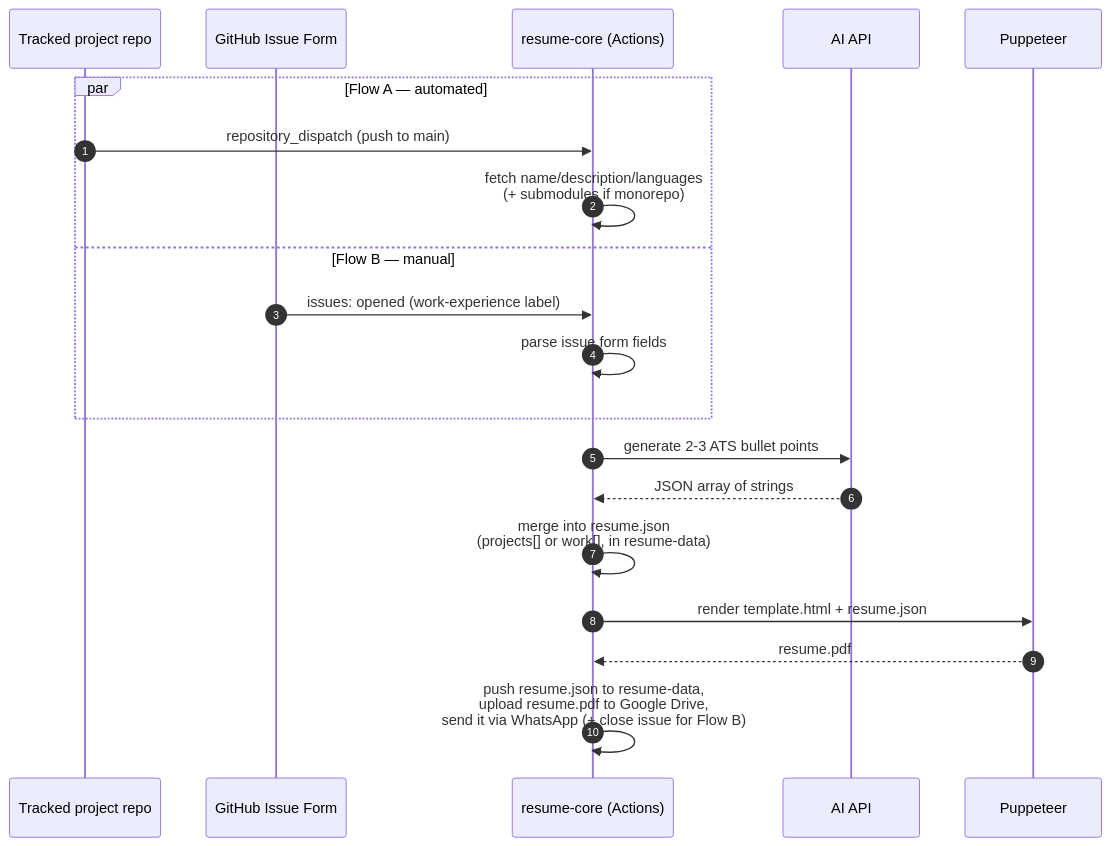
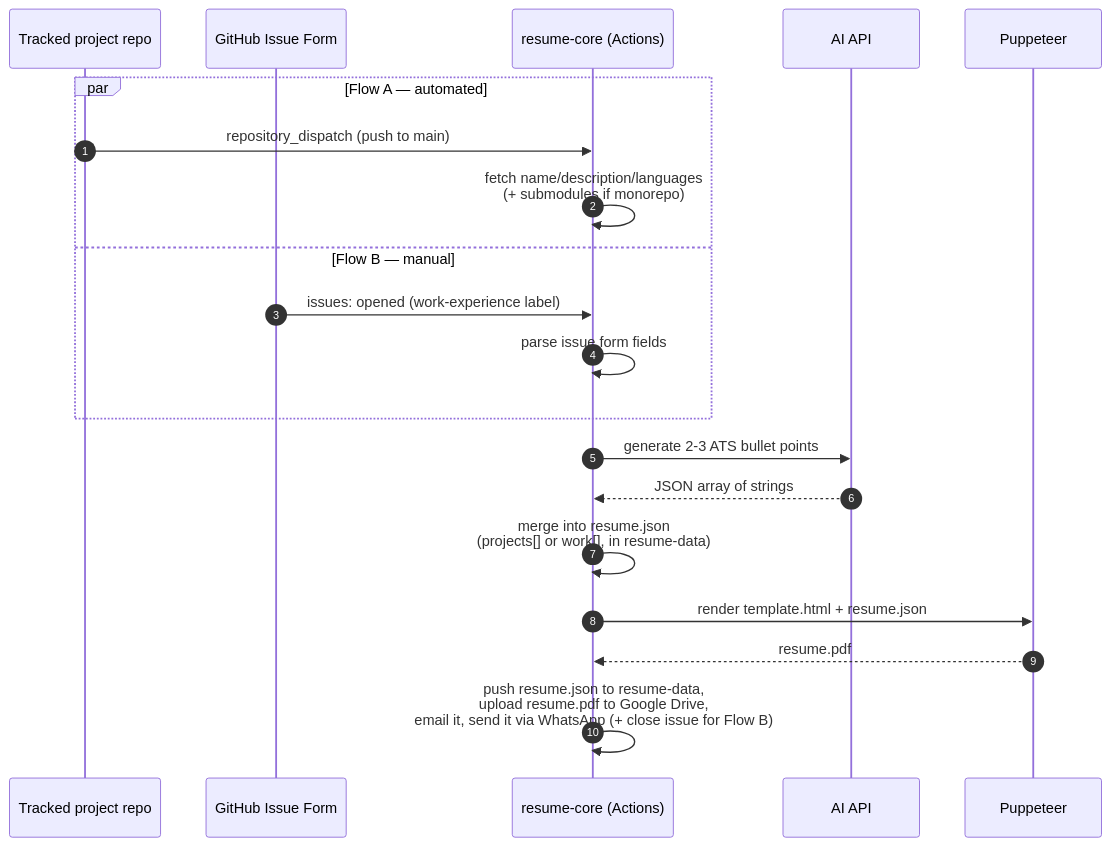
One commit to ChamathDilshanC/resume-core changed the diagram in README.md. Above: the diagram before and after it, drawn with Mermaid. The commit also changed other lines of this file and 6 other files, not shown here.

First line of the commit message:
feat: email resume.pdf via Gmail SMTP before the WhatsApp send

````diff
--- a/README.md
+++ b/README.md
@@ -38,23 +38,23 @@
 ```mermaid
 sequenceDiagram
     autonumber
     participant Repo as Tracked project repo
     participant Issue as GitHub Issue Form
     participant Core as resume-core (Actions)
     participant AI as AI API
     participant PDF as Puppeteer
 
     par Flow A — automated
         Repo->>Core: repository_dispatch (push to main)
         Core->>Core: fetch name/description/languages<br/>(+ submodules if monorepo)
     and Flow B — manual
         Issue->>Core: issues: opened (work-experience label)
         Core->>Core: parse issue form fields
     end
     Core->>AI: generate 2-3 ATS bullet points
     AI-->>Core: JSON array of strings
     Core->>Core: merge into resume.json<br/>(projects[] or work[], in resume-data)
     Core->>PDF: render template.html + resume.json
     PDF-->>Core: resume.pdf
-    Core->>Core: push resume.json to resume-data,<br/>upload resume.pdf to Google Drive,<br/>send it via WhatsApp (+ close issue for Flow B)
+    Core->>Core: push resume.json to resume-data,<br/>upload resume.pdf to Google Drive,<br/>email it, send it via WhatsApp (+ close issue for Flow B)
 ```
````
